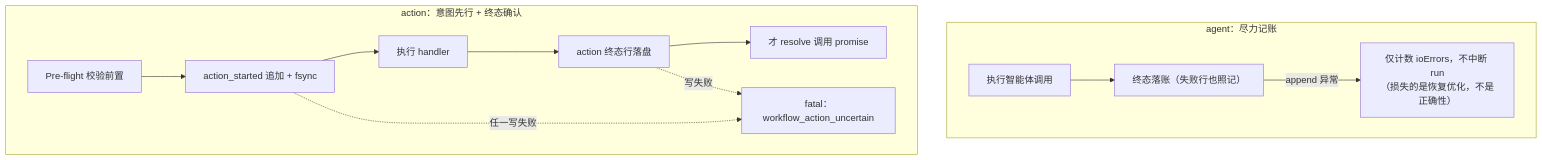
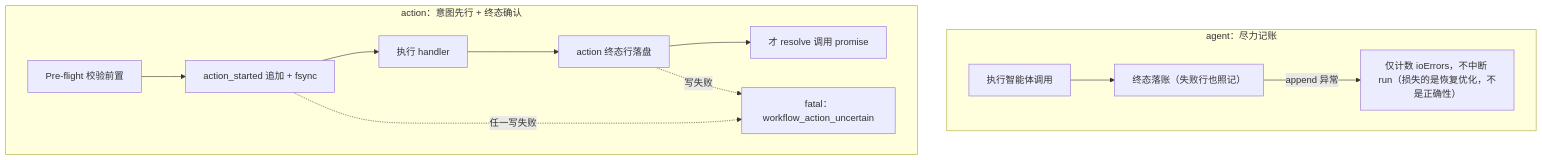
Before and after one commit to team4u/helm: the diagram in docs/workflows/journaling-recovery.md, drawn with Mermaid. The commit also changed other lines of this file and 6 other files, not shown here.

````diff
--- a/docs/workflows/journaling-recovery.md
+++ b/docs/workflows/journaling-recovery.md
@@ -47,15 +47,15 @@
 ```mermaid
 flowchart TD
     subgraph Agent["agent：尽力记账"]
         A1["执行智能体调用"] --> A2["终态落账（失败行也照记）"]
-        A2 -->|"append 异常"| A3["仅计数 ioErrors，不中断 run<br/>（损失的是恢复优化，不是正确性）"]
+        A2 -->|"append 异常"| A3["仅计数 ioErrors，不中断 run（损失的是恢复优化，不是正确性）"]
     end
     subgraph Action["action：意图先行 + 终态确认"]
         B0["Pre-flight 校验前置"] --> B1["action_started 追加 + fsync"]
         B1 --> B2["执行 handler"]
         B2 --> B3["action 终态行落盘"]
         B3 --> B4["才 resolve 调用 promise"]
         B1 -.->|"任一写失败"| BF["fatal：workflow_action_uncertain"]
         B3 -.->|"写失败"| BF
     end
 ```
````
